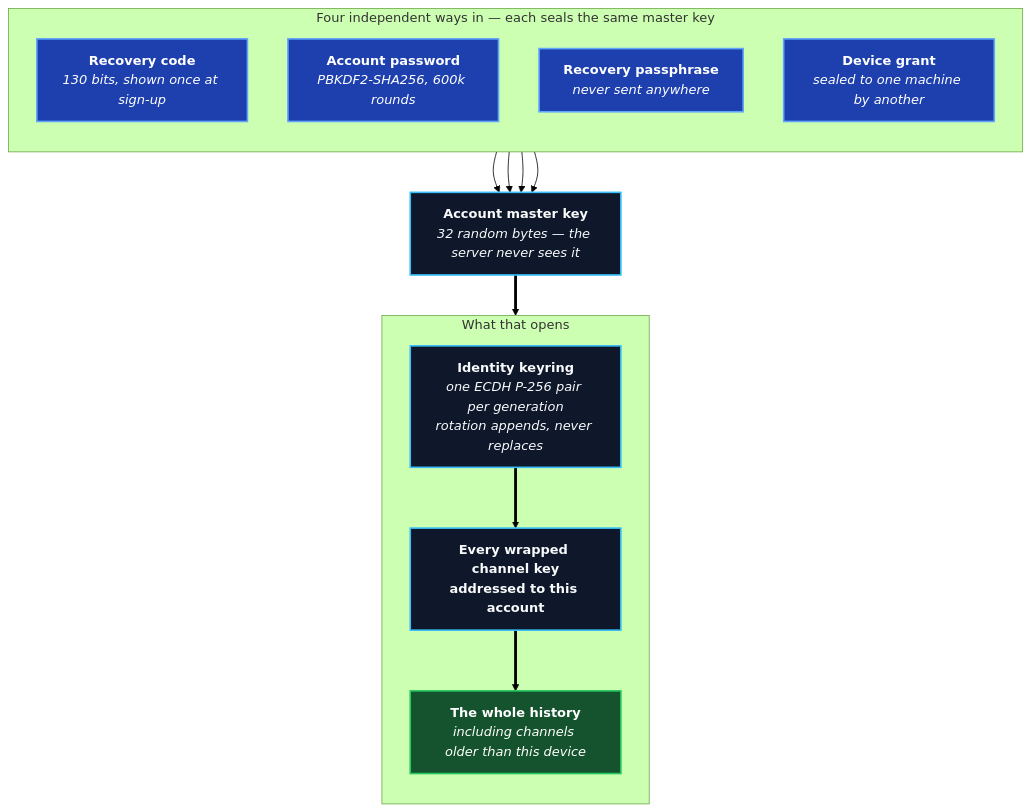
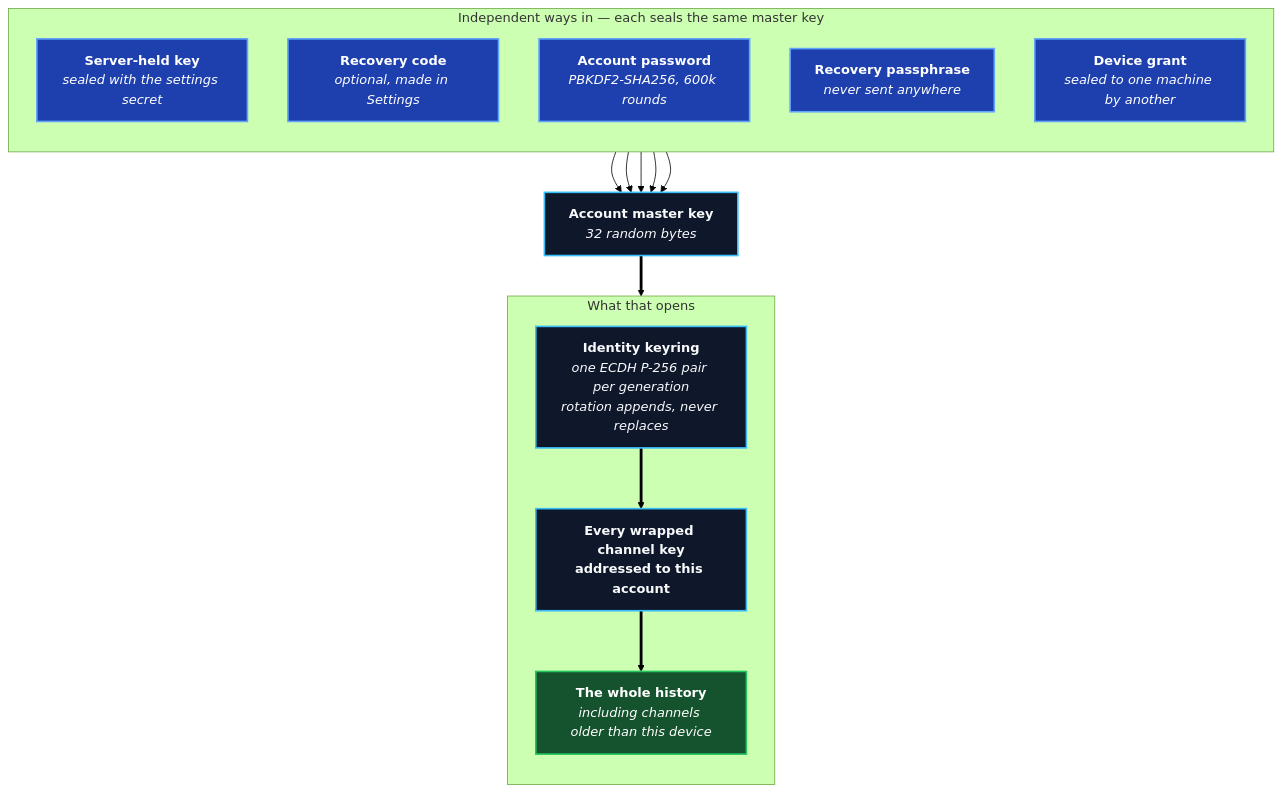
The first of 2 diagrams in docs/docs/security/e2ee.md (aiyu-ayaan/BetweenUs), drawn with Mermaid (forest theme) before and after one commit. The commit also changed other lines of this file and 4 other files, not shown here.

First line of the commit message:
docs(e2ee): describe the server-held vault key and the removed lock screen

````diff
--- a/docs/docs/security/e2ee.md
+++ b/docs/docs/security/e2ee.md
@@ -55,34 +55,36 @@
 ```mermaid
 flowchart TD
-    subgraph T_DOORS ["Four independent ways in — each seals the same master key"]
+    subgraph T_DOORS ["Independent ways in — each seals the same master key"]
         direction TB
-        Code["<b>Recovery code</b><br/><i>130 bits, shown once at sign-up</i>"]
+        Server["<b>Server-held key</b><br/><i>sealed with the settings secret</i>"]
+        Code["<b>Recovery code</b><br/><i>optional, made in Settings</i>"]
         Password["<b>Account password</b><br/><i>PBKDF2-SHA256, 600k rounds</i>"]
         Passphrase["<b>Recovery passphrase</b><br/><i>never sent anywhere</i>"]
         Grant["<b>Device grant</b><br/><i>sealed to one machine by another</i>"]
     end
 
-    Master["<b>Account master key</b><br/><i>32 random bytes — the server never sees it</i>"]
+    Master["<b>Account master key</b><br/><i>32 random bytes</i>"]
     Keyring["<b>Identity keyring</b><br/><i>one ECDH P-256 pair per generation<br/>rotation appends, never replaces</i>"]
 
+    Server --> Master
     Code --> Master
     Password --> Master
     Passphrase --> Master
     Grant --> Master
     Master ==> Keyring
 
     subgraph T_CHANNEL ["What that opens"]
         direction TB
         Keys["<b>Every wrapped channel key<br/>addressed to this account</b>"]
         History["<b>The whole history</b><br/><i>including channels older than this device</i>"]
         Keyring ==> Keys ==> History
     end
 
     classDef door fill:#1e40af,stroke:#60a5fa,stroke-width:2px,color:#ffffff;
     classDef core fill:#0f172a,stroke:#38bdf8,stroke-width:2px,color:#f8fafc;
     classDef ready fill:#14532d,stroke:#22c55e,stroke-width:2px,color:#ffffff;
 
-    class Code,Password,Passphrase,Grant door;
+    class Server,Code,Password,Passphrase,Grant door;
     class Master,Keyring,Keys core;
     class History ready;
 ```
````
